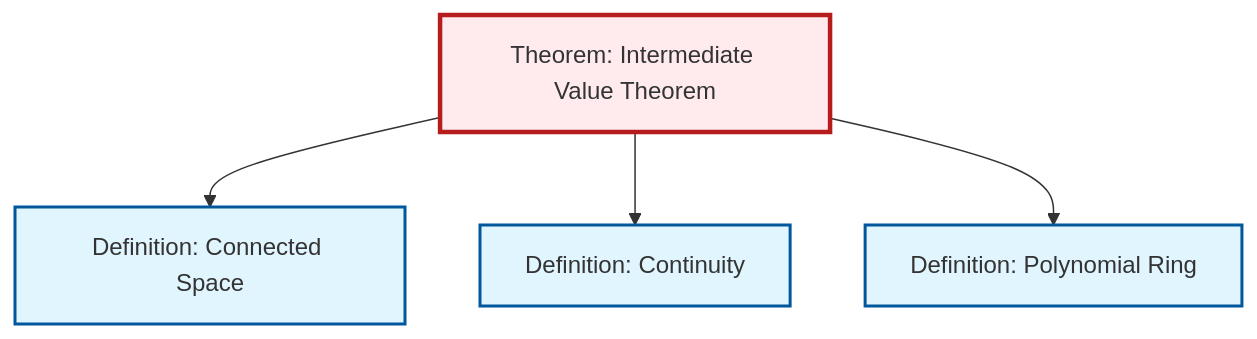
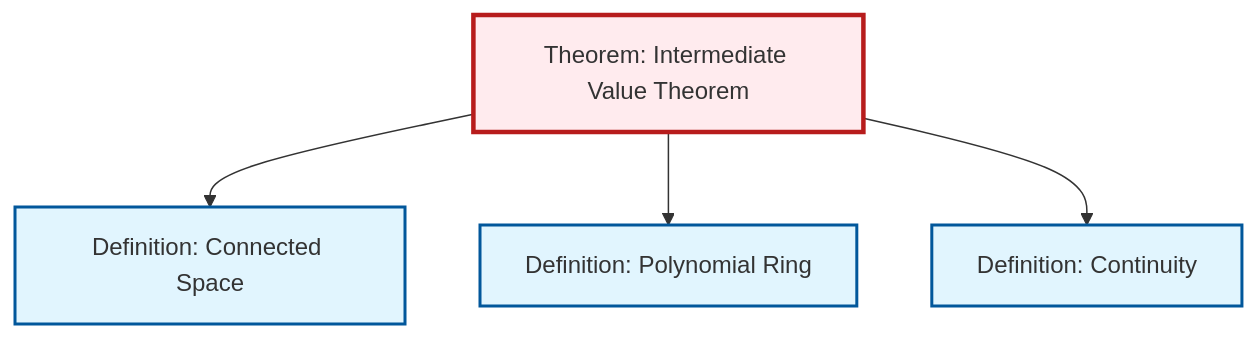
The diagram in content/en/topology/thm-intermediate-value.qmd (RK0429/ModernMath), drawn with Mermaid before and after one commit. The commit also changed other lines of this file and 328 other files, not shown here.

````diff
--- a/content/en/topology/thm-intermediate-value.qmd
+++ b/content/en/topology/thm-intermediate-value.qmd
@@ -51,20 +51,20 @@
 ```{mermaid}
 %%| fig-cap: "Local dependency graph"
 graph TD
     classDef definition fill:#e1f5fe,stroke:#01579b,stroke-width:2px
     classDef theorem fill:#f3e5f5,stroke:#4a148c,stroke-width:2px
     classDef axiom fill:#fff3e0,stroke:#e65100,stroke-width:2px
     classDef example fill:#e8f5e9,stroke:#1b5e20,stroke-width:2px
     classDef current fill:#ffebee,stroke:#b71c1c,stroke-width:3px
+    thm-intermediate-value["Theorem: Intermediate Value Theorem"]:::theorem
+    def-connected["Definition: Connected Space"]:::definition
     def-continuity["Definition: Continuity"]:::definition
     def-polynomial-ring["Definition: Polynomial Ring"]:::definition
-    thm-intermediate-value["Theorem: Intermediate Value Theorem"]:::theorem
-    def-connected["Definition: Connected Space"]:::definition
     thm-intermediate-value --> def-connected
+    thm-intermediate-value --> def-polynomial-ring
     thm-intermediate-value --> def-continuity
-    thm-intermediate-value --> def-polynomial-ring
     class thm-intermediate-value current
+    click def-connected "def-connected.html" "Go to Connected Space definition"
     click def-continuity "def-continuity.html" "Go to Continuity definition"
     click def-polynomial-ring "def-polynomial-ring.html" "Go to Polynomial Ring definition"
-    click def-connected "def-connected.html" "Go to Connected Space definition"
 ```
````
